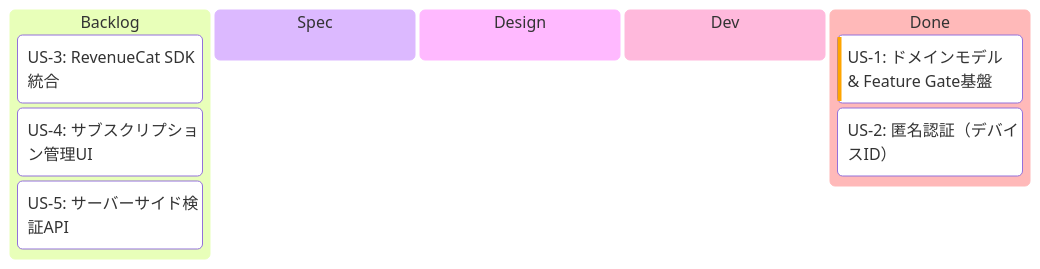
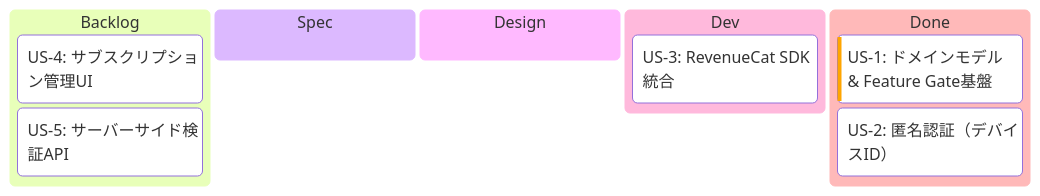
Before and after one commit to saki0000/collab-stream: the first of 2 diagrams in implement-context/subscription/EPIC.md, drawn with Mermaid. The commit also changed other lines of this file and 21 other files, not shown here.

First line of the commit message:
feat: RevenueCat KMP SDKを統合しサブスクリプション基盤を実装（US-3）

````diff
--- a/implement-context/subscription/EPIC.md
+++ b/implement-context/subscription/EPIC.md
@@ -25,18 +25,18 @@
 ```mermaid
 ---
 config:
   kanban:
     ticketBaseUrl: ''
 ---
 kanban
   backlog[Backlog]
-    us3[US-3: RevenueCat SDK統合]
     us4[US-4: サブスクリプション管理UI]
     us5[US-5: サーバーサイド検証API]
   spec[Spec]
   design[Design]
   dev[Dev]
+    us3[US-3: RevenueCat SDK統合]
   done[Done]
     us1[US-1: ドメインモデル & Feature Gate基盤]@{ priority: 'High' }
     us2[US-2: 匿名認証（デバイスID）]
 ```
````
